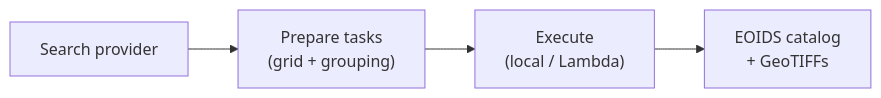
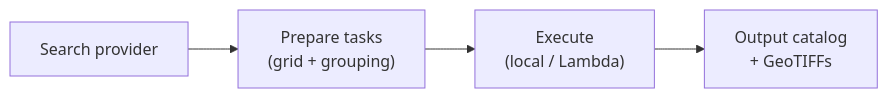
The diagram in docs/index.md (frandorr/aereo), drawn with Mermaid before and after one commit. The commit also changed other lines of this file and 40 other files, not shown here.

````diff
--- a/docs/index.md
+++ b/docs/index.md
@@ -102,6 +128,6 @@
 ```mermaid
 flowchart LR
     Search["Search provider"] --> Prepare["Prepare tasks\n(grid + grouping)"]
     Prepare --> Execute["Execute\n(local / Lambda)"]
-    Execute --> Catalog["EOIDS catalog\n+ GeoTIFFs"]
+    Execute --> Catalog["Output catalog\n+ GeoTIFFs"]
 ```
````
